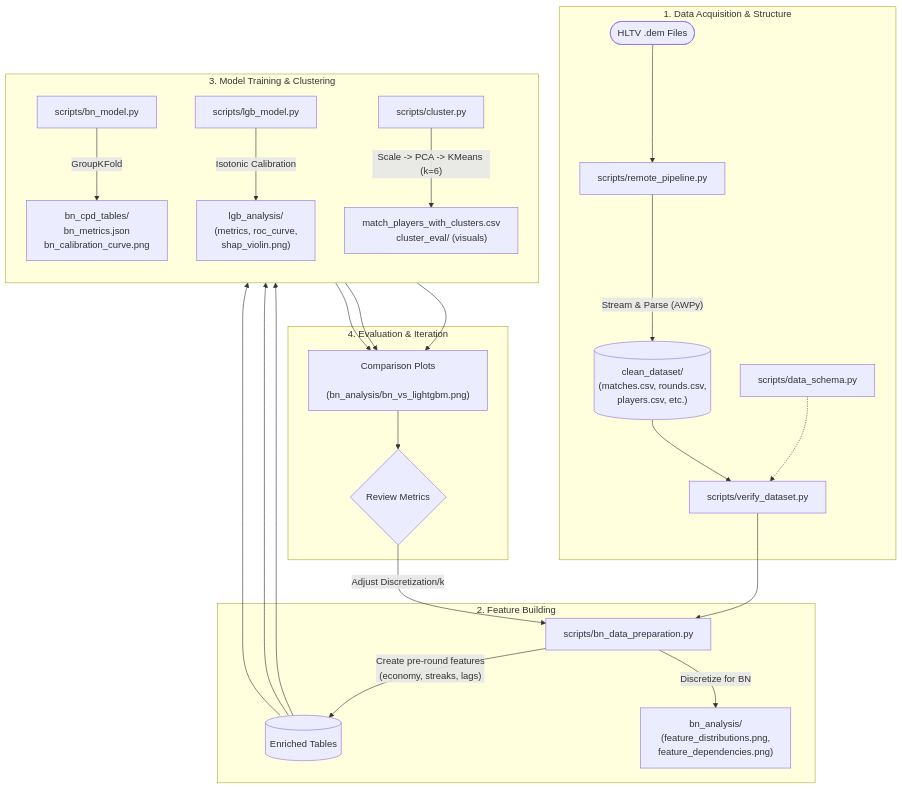
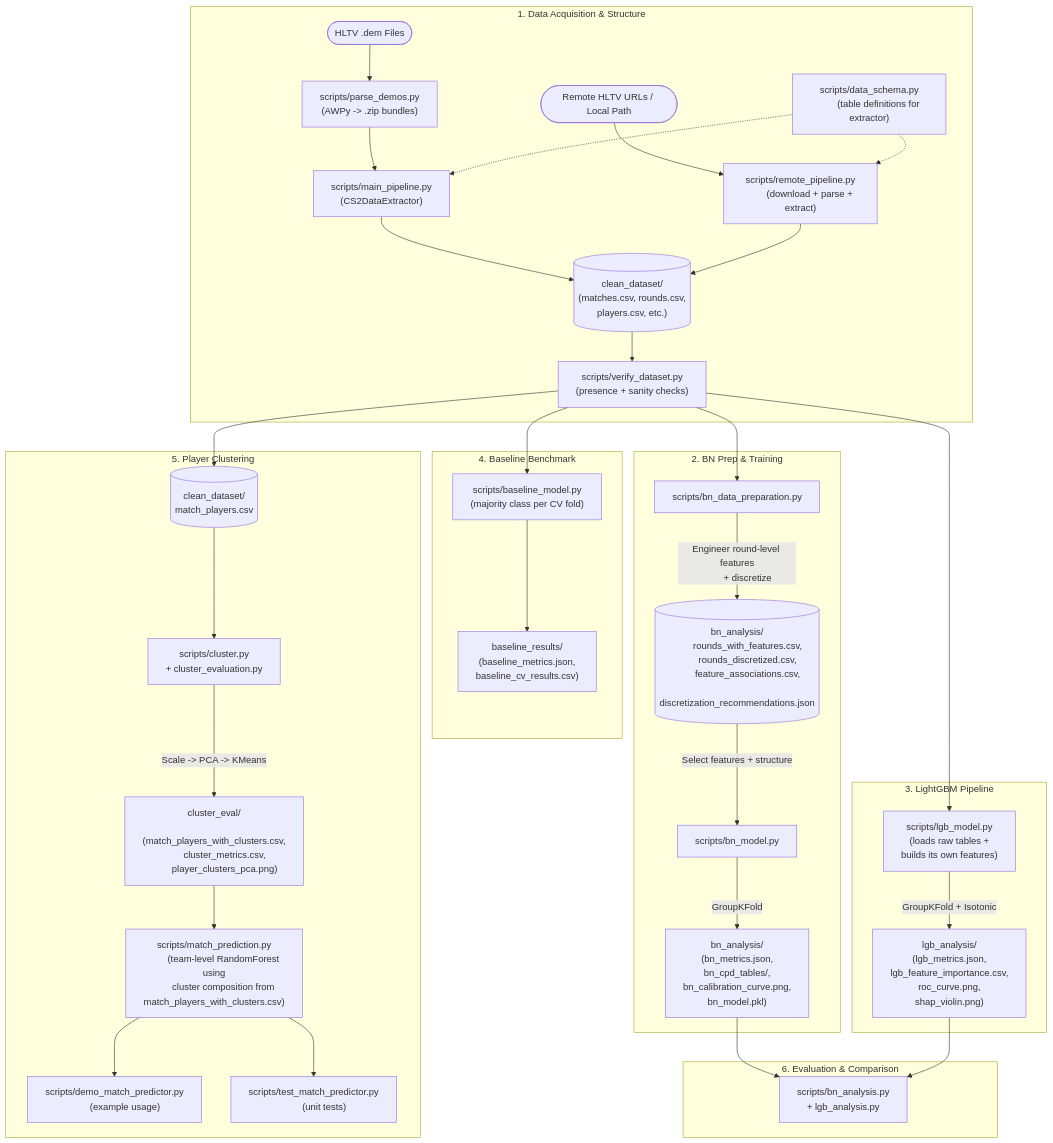
One commit to MinghanFan/CSML changed the diagram in paper/workflow.mmd. Above: the diagram before and after it, drawn with Mermaid. The commit also changed 15 other files, not shown here.

```diff
--- a/paper/workflow.mmd
+++ b/paper/workflow.mmd
@@ -1,50 +1,87 @@
 flowchart TD
 
     subgraph Ingestion ["1. Data Acquisition & Structure"]
-        Start([HLTV .dem Files]) --> Pipeline["scripts/remote_pipeline.py"]
-        Pipeline -- "Stream & Parse (AWPy)" --> RawData[("clean_dataset/
+        Start([HLTV .dem Files]) --> ParseLocal["scripts/parse_demos.py
+        (AWPy -> .zip bundles)"]
+        ParseLocal --> ExtractLocal["scripts/main_pipeline.py
+        (CS2DataExtractor)"]
+        
+        RemoteStart([Remote HLTV URLs / Local Path]) --> RemotePipe["scripts/remote_pipeline.py
+        (download + parse + extract)"]
+        
+        Schema["scripts/data_schema.py
+        (table definitions for extractor)"] -.-> ExtractLocal
+        Schema -.-> RemotePipe
+        
+        ExtractLocal --> RawData[("clean_dataset/
         (matches.csv, rounds.csv,
         players.csv, etc.)")]
+        RemotePipe --> RawData
         
-        Schema["scripts/data_schema.py"] -.-> Verify["scripts/verify_dataset.py"]
-        RawData --> Verify
+        RawData --> Verify["scripts/verify_dataset.py
+        (presence + sanity checks)"]
     end
 
-    subgraph Features ["2. Feature Building"]
-        Verify --> Prep["scripts/bn_data_preparation.py"]
-        Prep -- "Create pre-round features
-        (economy, streaks, lags)" --> EnrichedData[("Enriched Tables")]
-        Prep -- "Discretize for BN" --> BN_Viz["bn_analysis/
-        (feature_distributions.png,
-        feature_dependencies.png)"]
+    subgraph BN ["2. BN Prep & Training"]
+        Verify --> BN_Prep["scripts/bn_data_preparation.py"]
+        BN_Prep -- "Engineer round-level features
+        + discretize" --> BN_Data[("bn_analysis/
+        rounds_with_features.csv,
+        rounds_discretized.csv,
+        feature_associations.csv,
+        discretization_recommendations.json")]
+        BN_Data -- "Select features + structure"
+        --> BN_Model["scripts/bn_model.py"]
+        BN_Model -- "GroupKFold" --> BN_Out["bn_analysis/
+        (bn_metrics.json,
+        bn_cpd_tables/,
+        bn_calibration_curve.png,
+        bn_model.pkl)"]
     end
 
-    subgraph Modeling ["3. Model Training & Clustering"]
-        direction TB
-        
-        EnrichedData --> BN_Model["scripts/bn_model.py"]
-        BN_Model -- "GroupKFold" --> BN_Out["bn_cpd_tables/
-        bn_metrics.json
-        bn_calibration_curve.png"]
-
-        EnrichedData --> LGB_Model["scripts/lgb_model.py"]
-        LGB_Model -- "Isotonic Calibration" --> LGB_Out["lgb_analysis/
-        (metrics, roc_curve,
+    subgraph LGB ["3. LightGBM Pipeline"]
+        Verify --> LGB_Model["scripts/lgb_model.py
+        (loads raw tables +
+        builds its own features)"]
+        LGB_Model -- "GroupKFold + Isotonic" --> LGB_Out["lgb_analysis/
+        (lgb_metrics.json,
+        lgb_feature_importance.csv,
+        roc_curve.png,
         shap_violin.png)"]
-
-        EnrichedData --> Cluster["scripts/cluster.py"]
-        Cluster -- "Scale -> PCA -> KMeans (k=6)" --> Cluster_Out["match_players_with_clusters.csv
-        cluster_eval/ (visuals)"]
     end
 
-    subgraph Eval ["4. Evaluation & Iteration"]
-        BN_Out & LGB_Out & Cluster_Out --> Comparison["Comparison Plots
-        (bn_analysis/bn_vs_lightgbm.png)"]
-        
-        Comparison --> Decision{Review Metrics}
-        Decision -- "Adjust Discretization/k" --> Prep
+    subgraph Baseline ["4. Baseline Benchmark"]
+        Verify --> Baseline_Model["scripts/baseline_model.py
+        (majority class per CV fold)"]
+        Baseline_Model --> Baseline_Out["baseline_results/
+        (baseline_metrics.json,
+        baseline_cv_results.csv)"]
+    end
+
+    subgraph Clustering ["5. Player Clustering"]
+        Verify --> MatchPlayers[("clean_dataset/
+        match_players.csv")]
+        MatchPlayers --> Cluster["scripts/cluster.py
+        + cluster_evaluation.py"]
+        Cluster -- "Scale -> PCA -> KMeans" --> Cluster_Out["cluster_eval/
+        (match_players_with_clusters.csv,
+        cluster_metrics.csv,
+        player_clusters_pca.png)"]
+        Cluster_Out --> MatchPred["scripts/match_prediction.py
+        (team-level RandomForest using
+        cluster composition from match_players_with_clusters.csv)"]
+        MatchPred --> MatchPredDemo["scripts/demo_match_predictor.py
+        (example usage)"]
+        MatchPred --> MatchPredTest["scripts/test_match_predictor.py
+        (unit tests)"]
+    end
+
+    subgraph Eval ["6. Evaluation & Comparison"]
+        BN_Out --> Comparison["scripts/bn_analysis.py
+        + lgb_analysis.py"]
+        LGB_Out --> Comparison
     end
     
-    class Pipeline,Verify,Prep,BN_Model,LGB_Model,Cluster script;
-    class RawData,EnrichedData data;
-    class BN_Viz,BN_Out,LGB_Out,Cluster_Out,Comparison artifact;
+    class Pipeline,Verify,BN_Prep,BN_Model,LGB_Model,Baseline_Model,Cluster,MatchPred script;
+    class RawData,BN_Data,MatchPlayers data;
+    class BN_Viz,BN_Out,LGB_Out,Baseline_Out,Cluster_Out,Comparison artifact;
```
